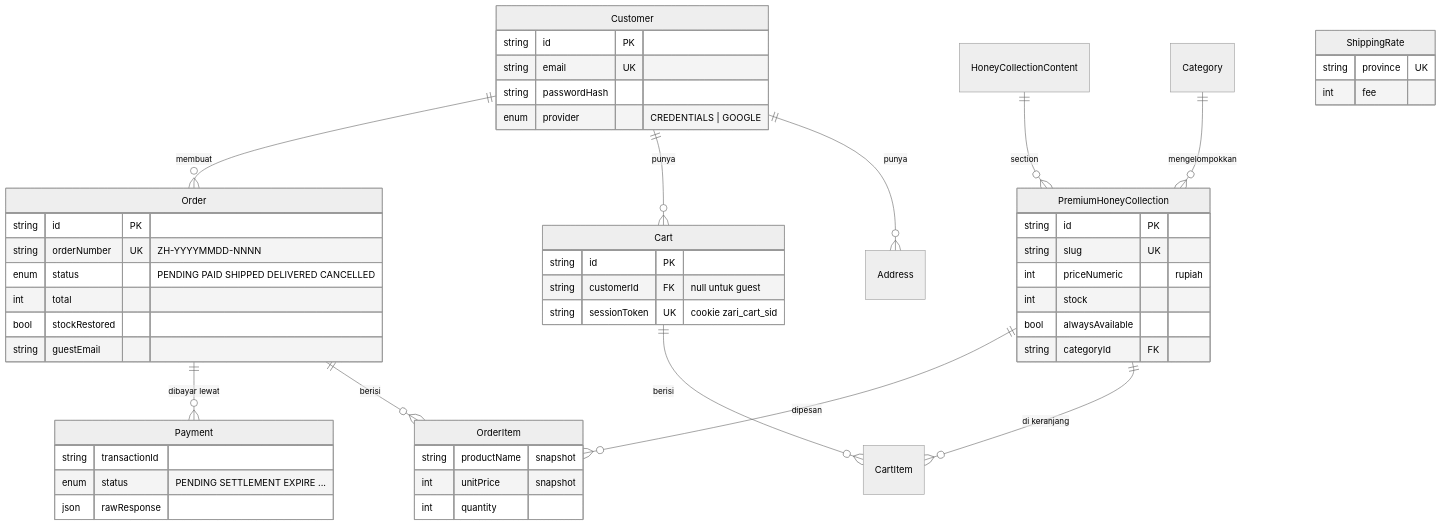
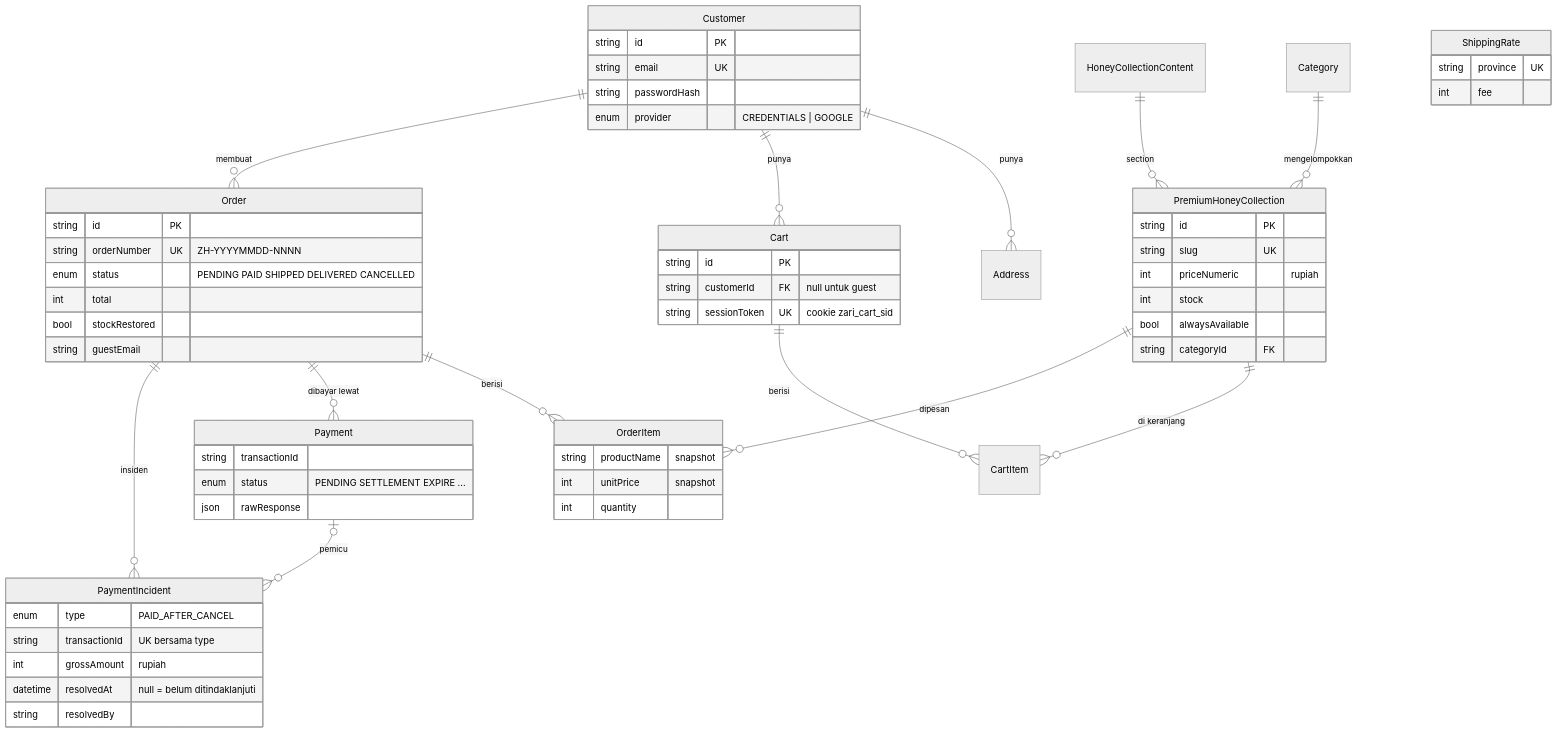
One commit to imamnura/zari-madu changed the third of 4 diagrams in docs/engineering/ARCHITECTURE.md. Above: the diagram before and after it, drawn with Mermaid (neutral theme). The commit also changed 26 other files, not shown here.

````diff
--- a/docs/engineering/ARCHITECTURE.md
+++ b/docs/engineering/ARCHITECTURE.md
@@ -107,55 +107,64 @@
 ```mermaid
 erDiagram
     Customer ||--o{ Address : "punya"
     Customer ||--o{ Cart : "punya"
     Customer ||--o{ Order : "membuat"
     Cart ||--o{ CartItem : "berisi"
     Category ||--o{ PremiumHoneyCollection : "mengelompokkan"
     HoneyCollectionContent ||--o{ PremiumHoneyCollection : "section"
     PremiumHoneyCollection ||--o{ CartItem : "di keranjang"
     PremiumHoneyCollection ||--o{ OrderItem : "dipesan"
     Order ||--o{ OrderItem : "berisi"
     Order ||--o{ Payment : "dibayar lewat"
+    Order ||--o{ PaymentIncident : "insiden"
+    Payment |o--o{ PaymentIncident : "pemicu"
 
     Customer {
         string id PK
         string email UK
         string passwordHash
         enum provider "CREDENTIALS | GOOGLE"
     }
     PremiumHoneyCollection {
         string id PK
         string slug UK
         int priceNumeric "rupiah"
         int stock
         bool alwaysAvailable
         string categoryId FK
     }
     Cart {
         string id PK
         string customerId FK "null untuk guest"
         string sessionToken UK "cookie zari_cart_sid"
     }
     Order {
         string id PK
         string orderNumber UK "ZH-YYYYMMDD-NNNN"
         enum status "PENDING PAID SHIPPED DELIVERED CANCELLED"
         int total
         bool stockRestored
         string guestEmail
     }
     OrderItem {
         string productName "snapshot"
         int unitPrice "snapshot"
         int quantity
     }
     Payment {
         string transactionId
         enum status "PENDING SETTLEMENT EXPIRE ..."
         json rawResponse
     }
+    PaymentIncident {
+        enum type "PAID_AFTER_CANCEL"
+        string transactionId "UK bersama type"
+        int grossAmount "rupiah"
+        datetime resolvedAt "null = belum ditindaklanjuti"
+        string resolvedBy
+    }
     ShippingRate {
         string province UK
         int fee
     }
 ```
````
